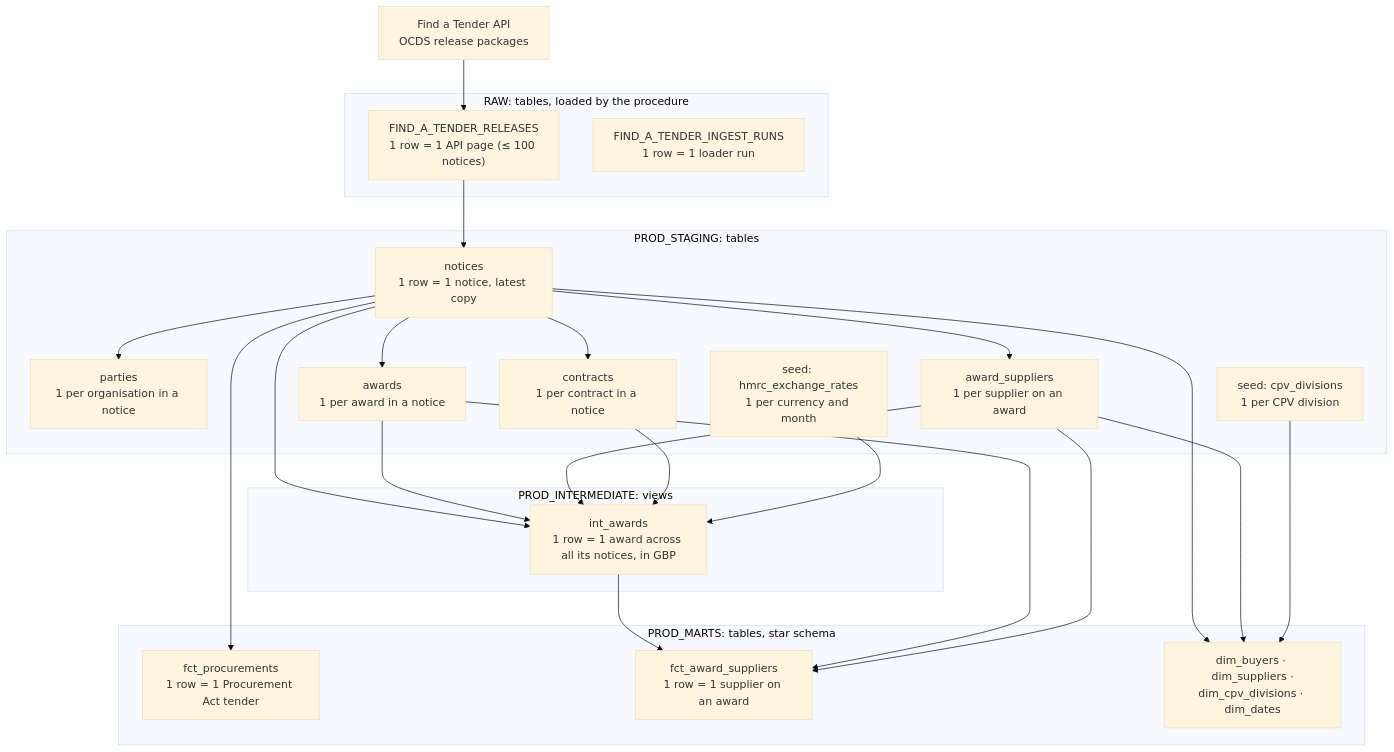
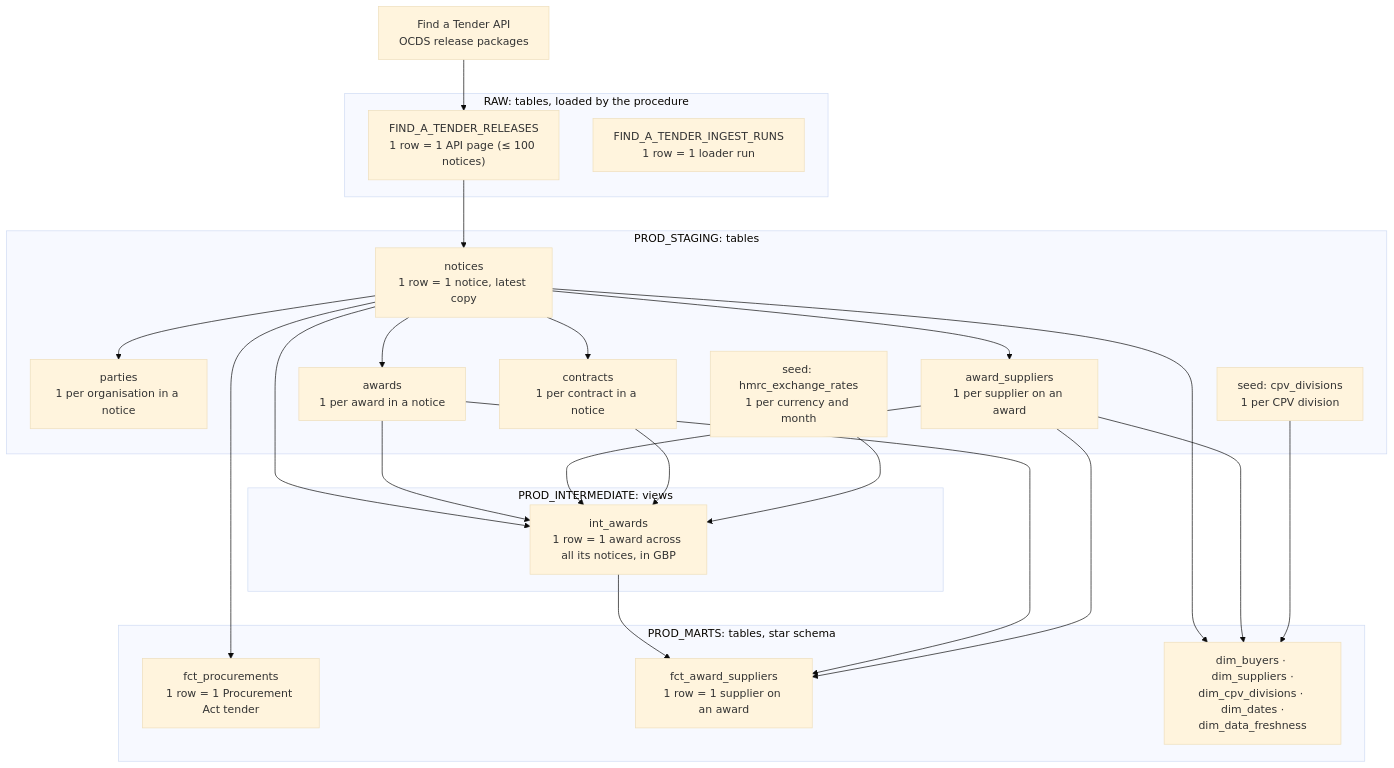
One commit to jacekjastrzebski/uk-tenders-dbt-snowflake changed the first of 2 diagrams in docs/diagrams/data.md. Above: the diagram before and after it, drawn with Mermaid (base theme). The commit also changed other lines of this file and 7 other files, not shown here.

````diff
--- a/docs/diagrams/data.md
+++ b/docs/diagrams/data.md
@@ -9,31 +9,31 @@
 ```mermaid
 flowchart TB
     API["Find a Tender API<br/>OCDS release packages"]
     subgraph RAW["RAW: tables, loaded by the procedure"]
         R1["FIND_A_TENDER_RELEASES<br/>1 row = 1 API page (≤ 100 notices)"]
         R2["FIND_A_TENDER_INGEST_RUNS<br/>1 row = 1 loader run"]
     end
     subgraph STG["PROD_STAGING: tables"]
         S1["notices<br/>1 row = 1 notice, latest copy"]
         S2["parties<br/>1 per organisation in a notice"]
         S3["awards<br/>1 per award in a notice"]
         S4["award_suppliers<br/>1 per supplier on an award"]
         S5["contracts<br/>1 per contract in a notice"]
         SH["seed: hmrc_exchange_rates<br/>1 per currency and month"]
         SC["seed: cpv_divisions<br/>1 per CPV division"]
     end
     subgraph INT["PROD_INTERMEDIATE: views"]
         I1["int_awards<br/>1 row = 1 award across all its notices, in GBP"]
     end
     subgraph MARTS["PROD_MARTS: tables, star schema"]
         F1["fct_procurements<br/>1 row = 1 Procurement Act tender"]
         F2["fct_award_suppliers<br/>1 row = 1 supplier on an award"]
-        DIM["dim_buyers · dim_suppliers ·<br/>dim_cpv_divisions · dim_dates"]
+        DIM["dim_buyers · dim_suppliers ·<br/>dim_cpv_divisions · dim_dates ·<br/>dim_data_freshness"]
     end
     API --> R1
     R1 --> S1 --> S2 & S3 & S4 & S5
     S1 & S3 & S4 & S5 & SH --> I1
     S1 --> F1
     I1 & S3 & S4 --> F2
     S1 & S4 & SC --> DIM
 ```
````
